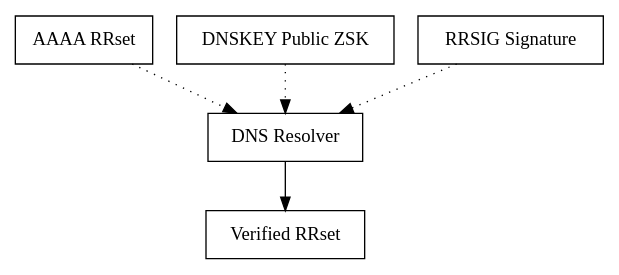
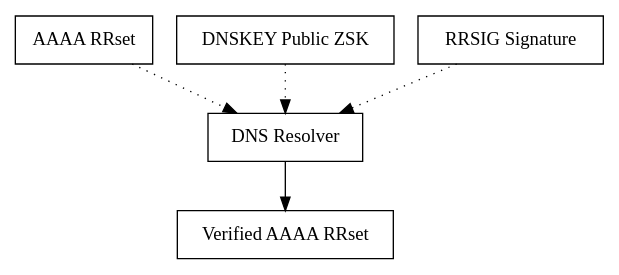
Before and after one commit to omussell/homelab: the diagram in pic/zskverify.gv, drawn with Graphviz. The commit also changed 5 other files, not shown here.

```diff
--- a/pic/zskverify.gv
+++ b/pic/zskverify.gv
@@ -1,13 +1,13 @@
 digraph structs {
 node [shape=record];
 	resolve [shape=record, label="DNS Resolver"];
 	struct1 [shape=record, label="AAAA RRset"];
 	struct2 [shape=record, label="DNSKEY Public ZSK"];
 	struct3 [shape=record, label="RRSIG Signature"];
-	verified [shape=record, label="Verified RRset"];
+	verified [shape=record, label="Verified AAAA RRset"];
 
 	struct1 -> resolve [style=dotted];
 	struct2 -> resolve [style=dotted];
 	struct3 -> resolve [style=dotted];
 	resolve -> verified;
 }
```
